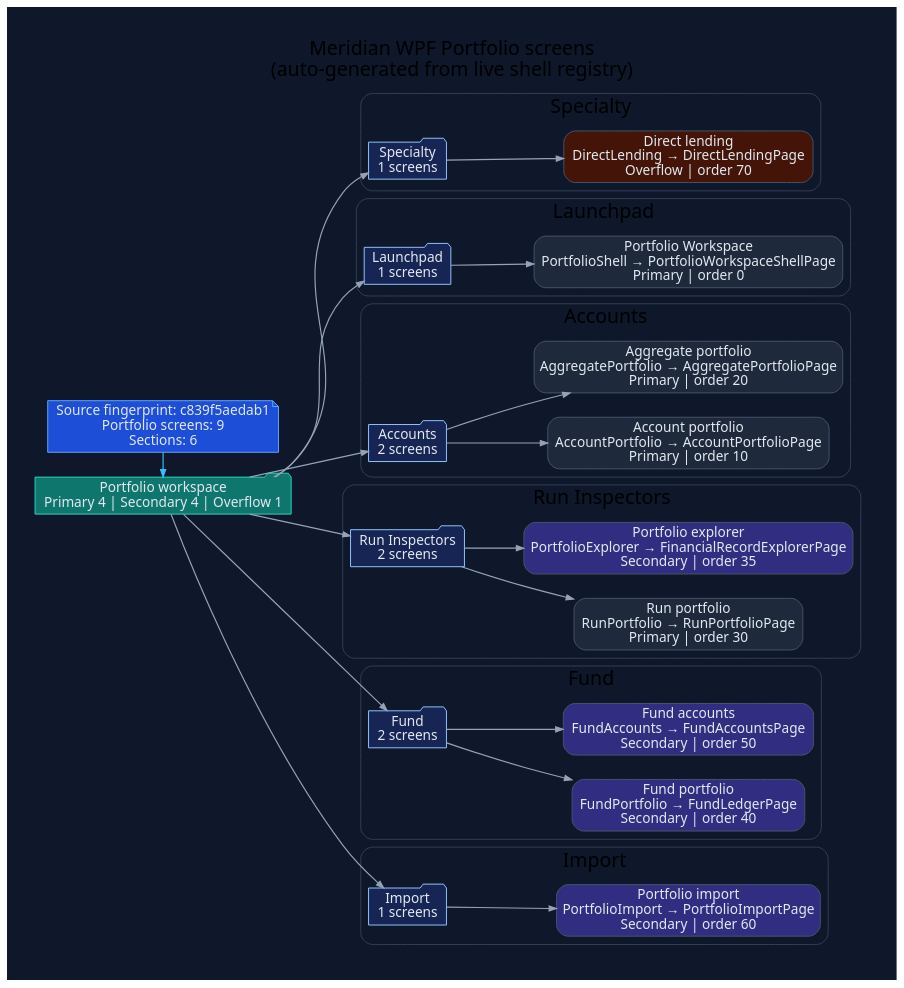
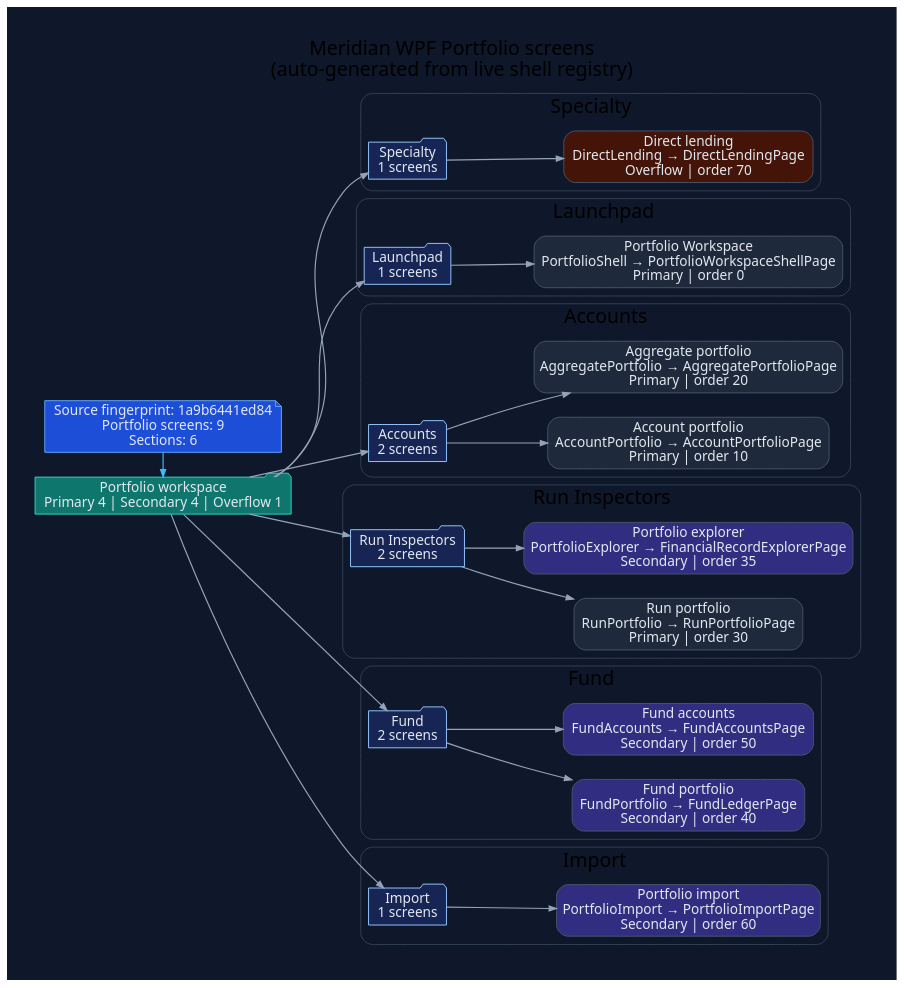
Before and after one commit to rodoHasArrived/Meridian-main: the diagram in docs/diagrams/ui/ui-wpf-screens-portfolio.dot, drawn with Graphviz. The commit also changed 43 other files, not shown here.

First line of the commit message:
Regenerate WPF navigation diagrams for the current source fingerprint

```diff
--- a/docs/diagrams/ui/ui-wpf-screens-portfolio.dot
+++ b/docs/diagrams/ui/ui-wpf-screens-portfolio.dot
@@ -1,92 +1,92 @@
 // -----------------------------------------------------------------------------
 // <auto-generated>
 // Generated by scripts/generate-diagrams.mjs.
 // Do not edit this file directly; update the WPF source files instead.
 // -----------------------------------------------------------------------------
 digraph WpfPortfolioScreens {
   graph [
     rankdir=LR,
     labelloc=t,
     label="Meridian WPF Portfolio screens\n(auto-generated from live shell registry)",
     fontname="Segoe UI",
     fontsize=20,
     pad=0.4,
     nodesep=0.35,
     ranksep=0.85,
     bgcolor="#0f172a"
   ];
   node [fontname="Segoe UI", shape=box, style="rounded,filled", color="#475569", fontcolor="#e2e8f0", fillcolor="#1e293b"];
   edge [fontname="Segoe UI", color="#94a3b8", penwidth=1.2, arrowsize=0.75];
 
-  generated [shape=note, fillcolor="#1d4ed8", color="#60a5fa", label="Source fingerprint: c839f5aedab1\nPortfolio screens: 9\nSections: 6"];
+  generated [shape=note, fillcolor="#1d4ed8", color="#60a5fa", label="Source fingerprint: 1a9b6441ed84\nPortfolio screens: 9\nSections: 6"];
   workspace [shape=folder, fillcolor="#0f766e", color="#2dd4bf", label="Portfolio workspace\nPrimary 4 | Secondary 4 | Overflow 1"];
   generated -> workspace [color="#38bdf8"];
 
   subgraph cluster_section_1 {
     label="Specialty";
     color="#334155";
     style="rounded";
     section_1 [shape=folder, fillcolor="#172554", color="#93c5fd", label="Specialty\n1 screens"];
     workspace -> section_1;
     screen_DirectLending [fillcolor="#431407", label="Direct lending\nDirectLending → DirectLendingPage\nOverflow | order 70"];
     section_1 -> screen_DirectLending;
   }
 
   subgraph cluster_section_2 {
     label="Launchpad";
     color="#334155";
     style="rounded";
     section_2 [shape=folder, fillcolor="#172554", color="#93c5fd", label="Launchpad\n1 screens"];
     workspace -> section_2;
     screen_PortfolioShell [fillcolor="#1e293b", label="Portfolio Workspace\nPortfolioShell → PortfolioWorkspaceShellPage\nPrimary | order 0"];
     section_2 -> screen_PortfolioShell;
   }
 
   subgraph cluster_section_3 {
     label="Accounts";
     color="#334155";
     style="rounded";
     section_3 [shape=folder, fillcolor="#172554", color="#93c5fd", label="Accounts\n2 screens"];
     workspace -> section_3;
     screen_AccountPortfolio [fillcolor="#1e293b", label="Account portfolio\nAccountPortfolio → AccountPortfolioPage\nPrimary | order 10"];
     section_3 -> screen_AccountPortfolio;
     screen_AggregatePortfolio [fillcolor="#1e293b", label="Aggregate portfolio\nAggregatePortfolio → AggregatePortfolioPage\nPrimary | order 20"];
     section_3 -> screen_AggregatePortfolio;
   }
 
   subgraph cluster_section_4 {
     label="Run Inspectors";
     color="#334155";
     style="rounded";
     section_4 [shape=folder, fillcolor="#172554", color="#93c5fd", label="Run Inspectors\n2 screens"];
     workspace -> section_4;
     screen_RunPortfolio [fillcolor="#1e293b", label="Run portfolio\nRunPortfolio → RunPortfolioPage\nPrimary | order 30"];
     section_4 -> screen_RunPortfolio;
     screen_PortfolioExplorer [fillcolor="#312e81", label="Portfolio explorer\nPortfolioExplorer → FinancialRecordExplorerPage\nSecondary | order 35"];
     section_4 -> screen_PortfolioExplorer;
   }
 
   subgraph cluster_section_5 {
     label="Fund";
     color="#334155";
     style="rounded";
     section_5 [shape=folder, fillcolor="#172554", color="#93c5fd", label="Fund\n2 screens"];
     workspace -> section_5;
     screen_FundPortfolio [fillcolor="#312e81", label="Fund portfolio\nFundPortfolio → FundLedgerPage\nSecondary | order 40"];
     section_5 -> screen_FundPortfolio;
     screen_FundAccounts [fillcolor="#312e81", label="Fund accounts\nFundAccounts → FundAccountsPage\nSecondary | order 50"];
     section_5 -> screen_FundAccounts;
   }
 
   subgraph cluster_section_6 {
     label="Import";
     color="#334155";
     style="rounded";
     section_6 [shape=folder, fillcolor="#172554", color="#93c5fd", label="Import\n1 screens"];
     workspace -> section_6;
     screen_PortfolioImport [fillcolor="#312e81", label="Portfolio import\nPortfolioImport → PortfolioImportPage\nSecondary | order 60"];
     section_6 -> screen_PortfolioImport;
   }
 
   { rank=min; generated; workspace; }
 }
```
